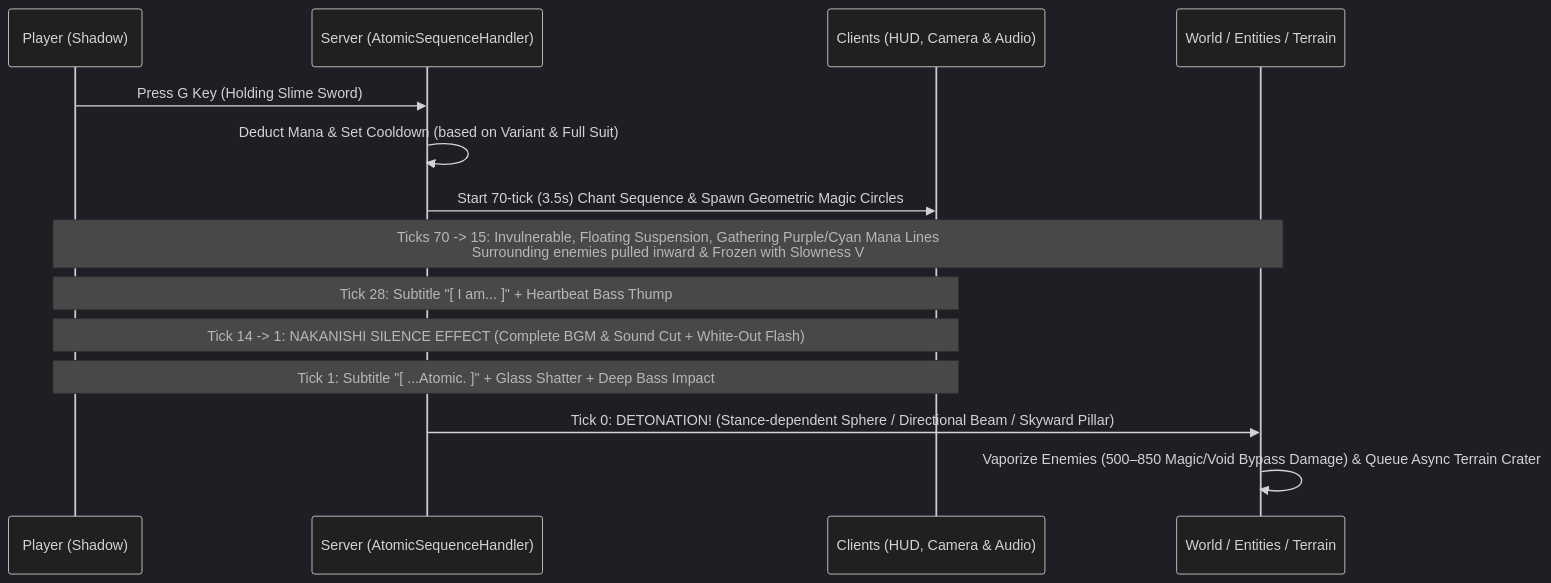
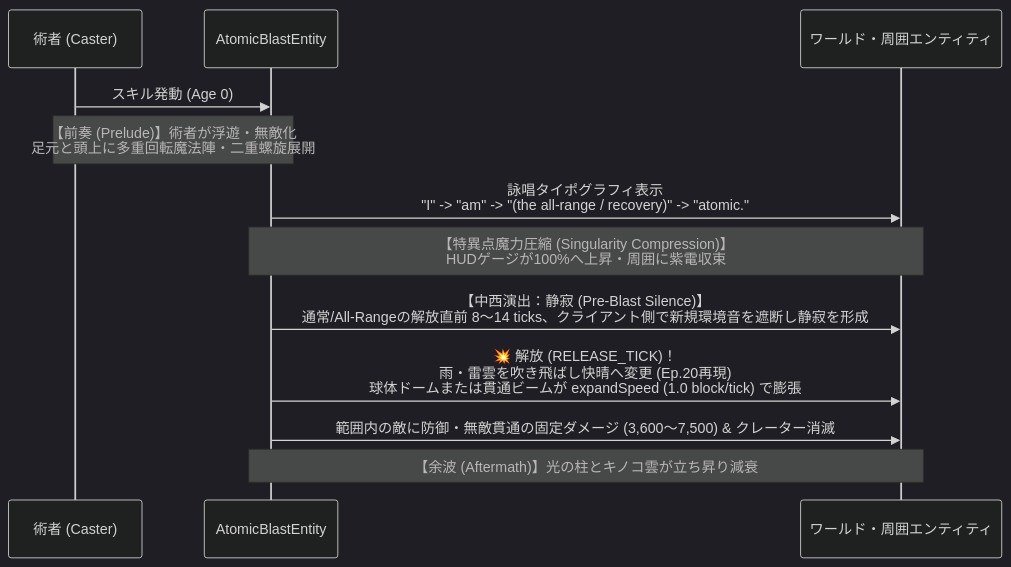
The diagram in wiki/04-I-Am-Atomic.md (Khang202531/The-Eminence-in-Shadow-Shadow-Garden-Atomic), drawn with Mermaid (dark theme) before and after one commit. The commit also changed other lines of this file and 13 other files, not shown here.

````diff
--- a/wiki/04-I-Am-Atomic.md
+++ b/wiki/04-I-Am-Atomic.md
@@ -22,17 +11,15 @@
 ```mermaid
 sequenceDiagram
-    participant P as Player (Shadow)
-    participant S as Server (AtomicSequenceHandler)
-    participant C as Clients (HUD, Camera & Audio)
-    participant W as World / Entities / Terrain
+    participant C as 術者 (Caster)
+    participant E as AtomicBlastEntity
+    participant W as ワールド・周囲エンティティ
 
-    P->>S: Press G Key (Holding Slime Sword)
-    S->>S: Deduct Mana & Set Cooldown (based on Variant & Full Suit)
-    S->>C: Start 70-tick (3.5s) Chant Sequence & Spawn Geometric Magic Circles
-    Note over P,W: Ticks 70 -> 15: Invulnerable, Floating Suspension, Gathering Purple/Cyan Mana Lines<br>Surrounding enemies pulled inward & Frozen with Slowness V
-    Note over P,C: Tick 28: Subtitle "[ I am... ]" + Heartbeat Bass Thump
-    Note over P,C: Tick 14 -> 1: NAKANISHI SILENCE EFFECT (Complete BGM & Sound Cut + White-Out Flash)
-    Note over P,C: Tick 1: Subtitle "[ ...Atomic. ]" + Glass Shatter + Deep Bass Impact
-    S->>W: Tick 0: DETONATION! (Stance-dependent Sphere / Directional Beam / Skyward Pillar)
-    W->>W: Vaporize Enemies (500–850 Magic/Void Bypass Damage) & Queue Async Terrain Crater
+    C->>E: スキル発動 (Age 0)
+    Note over C,E: 【前奏 (Prelude)】術者が浮遊・無敵化<br/>足元と頭上に多重回転魔法陣・二重螺旋展開
+    E->>W: 詠唱タイポグラフィ表示<br/>"I" -> "am" -> "(the all-range / recovery)" -> "atomic."
+    Note over E,W: 【特異点魔力圧縮 (Singularity Compression)】<br/>HUDゲージが100%へ上昇・周囲に紫電収束
+    E->>W: 【中西演出：静寂 (Pre-Blast Silence)】<br/>通常/All-Rangeの解放直前 8〜14 ticks、クライアント側で新規環境音を遮断し静寂を形成
+    E->>W: 💥 解放 (RELEASE_TICK)！<br/>雨・雷雲を吹き飛ばし快晴へ変更 (Ep.20再現)<br/>球体ドームまたは貫通ビームが expandSpeed (1.0 block/tick) で膨張
+    E->>W: 範囲内の敵に防御・無敵貫通の固定ダメージ (3,600〜7,500) & クレーター消滅
+    Note over E,W: 【余波 (Aftermath)】光の柱とキノコ雲が立ち昇り減衰
 ```
````
